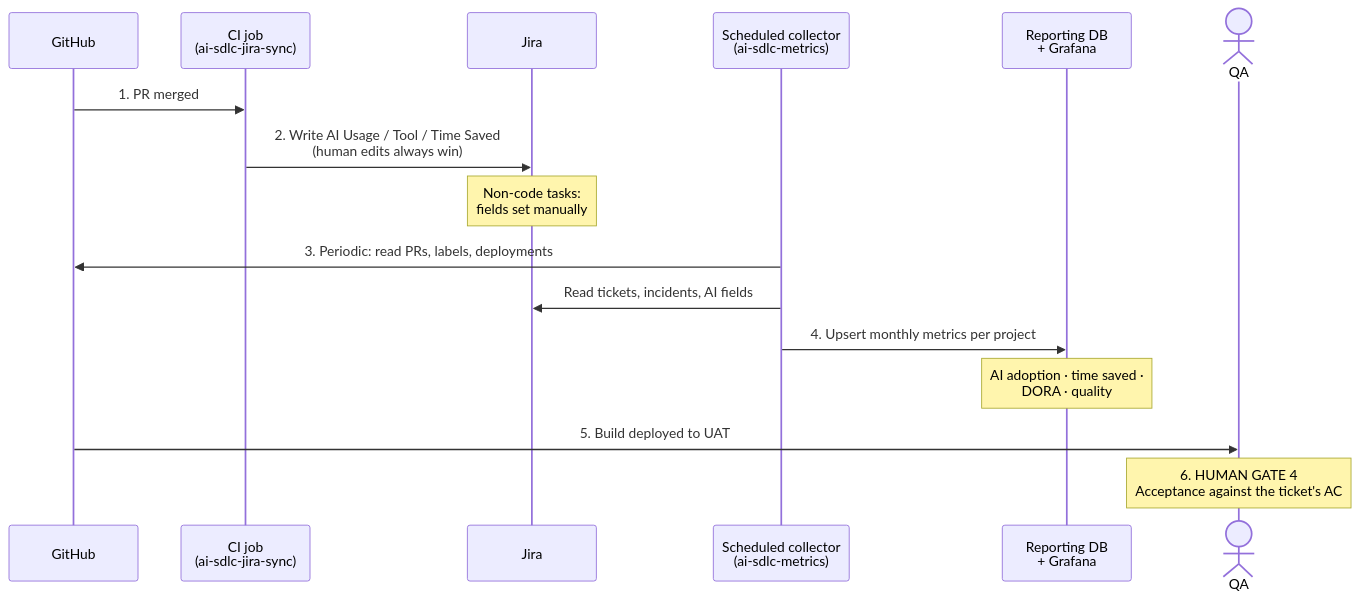
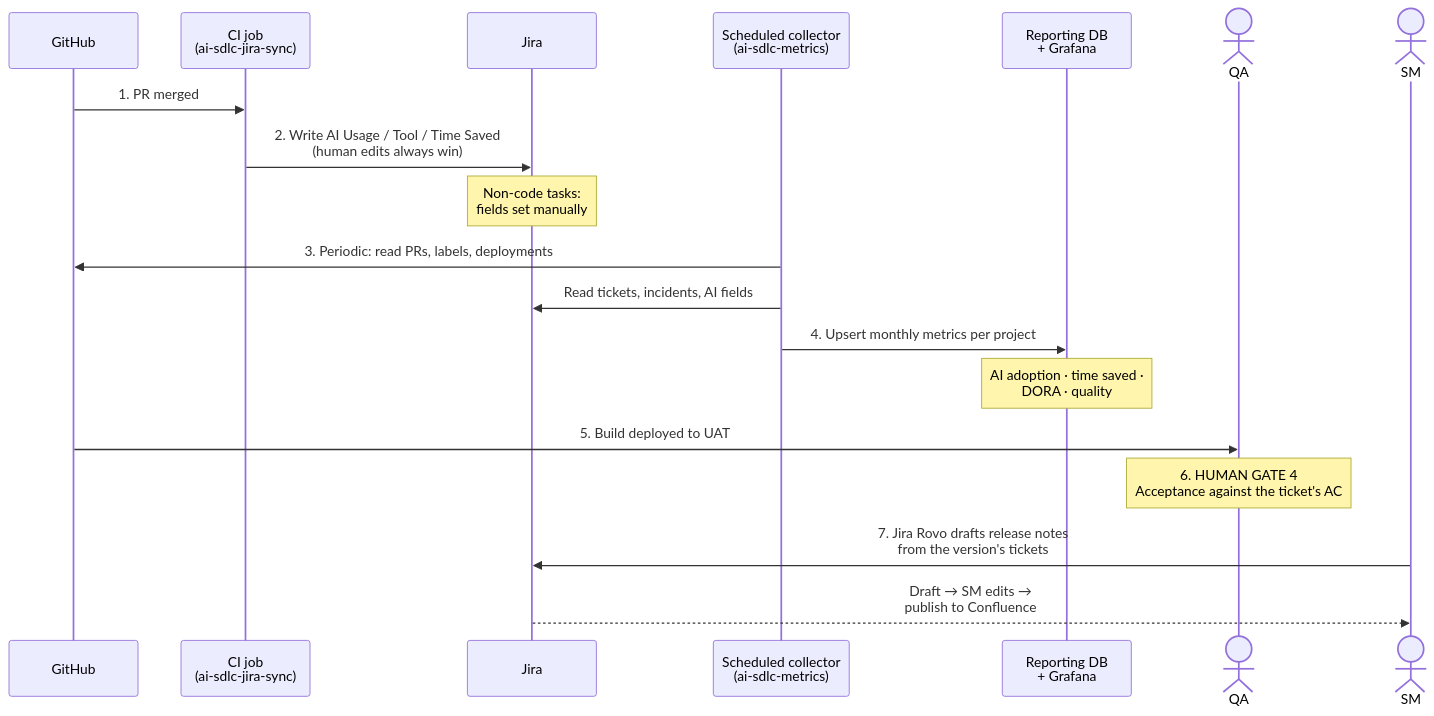
Before and after one commit to Seta-International/ai-sdlc-metrics: the sixth of 6 diagrams in docs/aidc-workflow-future.md, drawn with Mermaid. The commit also changed other lines of this file, not shown here.

Commit message:
docs: verify AIDC doc against agent-platform reality, add reviewer AI pass and Rovo release notes

````diff
--- a/docs/aidc-workflow-future.md
+++ b/docs/aidc-workflow-future.md
@@ -232,19 +237,22 @@
 ```mermaid
 sequenceDiagram
     participant GH as GitHub
     participant CI as CI job<br/>(ai-sdlc-jira-sync)
     participant Jira
     participant Col as Scheduled collector<br/>(ai-sdlc-metrics)
     participant Graf as Reporting DB<br/>+ Grafana
     actor QA
+    actor SM
 
     GH->>CI: 1. PR merged
     CI->>Jira: 2. Write AI Usage / Tool / Time Saved<br/>(human edits always win)
     Note over Jira: Non-code tasks:<br/>fields set manually
     Col->>GH: 3. Periodic: read PRs, labels, deployments
     Col->>Jira: Read tickets, incidents, AI fields
     Col->>Graf: 4. Upsert monthly metrics per project
     Note over Graf: AI adoption · time saved ·<br/>DORA · quality
     GH->>QA: 5. Build deployed to UAT
     Note over QA: 6. HUMAN GATE 4<br/>Acceptance against the ticket's AC
+    SM->>Jira: 7. Jira Rovo drafts release notes<br/>from the version's tickets
+    Jira-->>SM: Draft → SM edits →<br/>publish to Confluence
 ```
````
